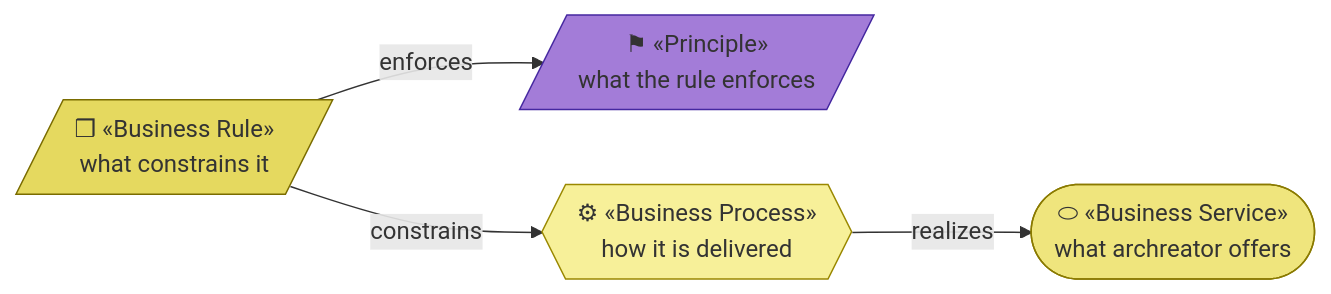
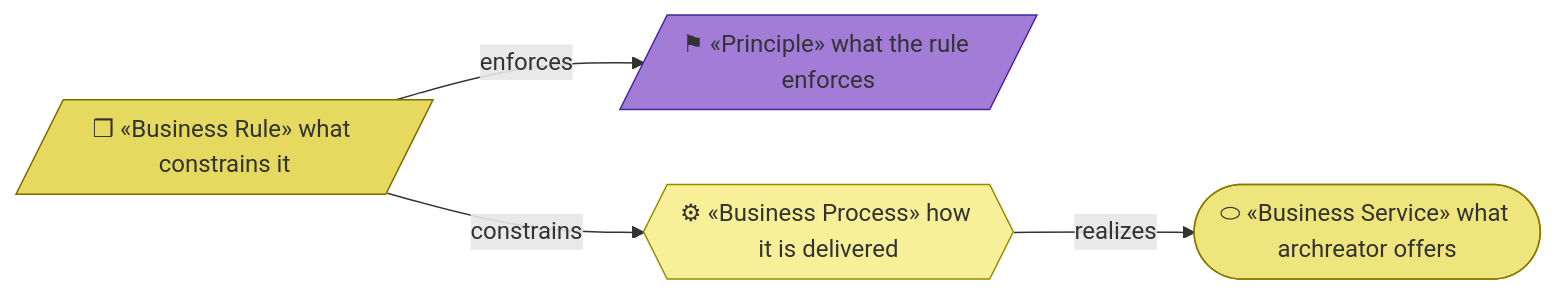
The first of 4 diagrams in product-archreator/architecture/2_business/2_business-services.md (roanboc/architecture-archreator), drawn with Mermaid before and after one commit. The commit also changed other lines of this file and 38 other files, not shown here.

````diff
--- a/product-archreator/architecture/2_business/2_business-services.md
+++ b/product-archreator/architecture/2_business/2_business-services.md
@@ -9,16 +9,16 @@
 ```mermaid
 flowchart LR
-  svc(["⬭ «Business Service»<br>what archreator offers"]):::service
-  rule[/"❒ «Business Rule»<br>what constrains it"/]:::rule
-  p[/"⚑ «Principle»<br>what the rule enforces"/]:::principle
-  proc{{"⚙ «Business Process»<br>how it is delivered"}}:::process
+  svc(["⬭ «Business Service» what archreator offers"]):::service
+  rule[/"❒ «Business Rule» what constrains it"/]:::rule
+  p[/"⚑ «Principle» what the rule enforces"/]:::principle
+  proc{{"⚙ «Business Process» how it is delivered"}}:::process
 
   proc -->|realizes| svc
   rule -->|constrains| proc
   rule -->|enforces| p
 
   classDef service fill:#efe57d,stroke:#8a7a00,color:#333
   classDef rule fill:#e5d95f,stroke:#7a6c00,color:#333
   classDef process fill:#f7f099,stroke:#9a8800,color:#333
   classDef principle fill:#a37cd8,stroke:#4527a0,color:#333
 ```
````
